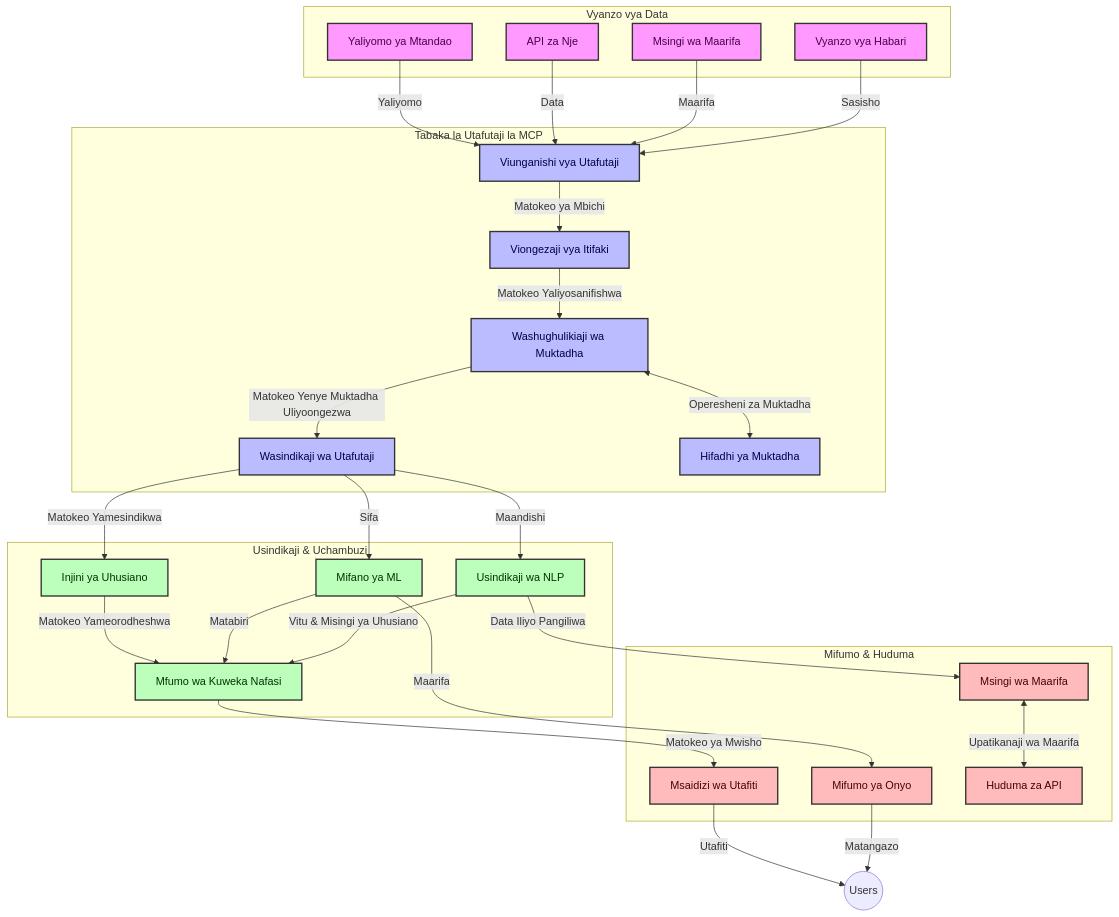
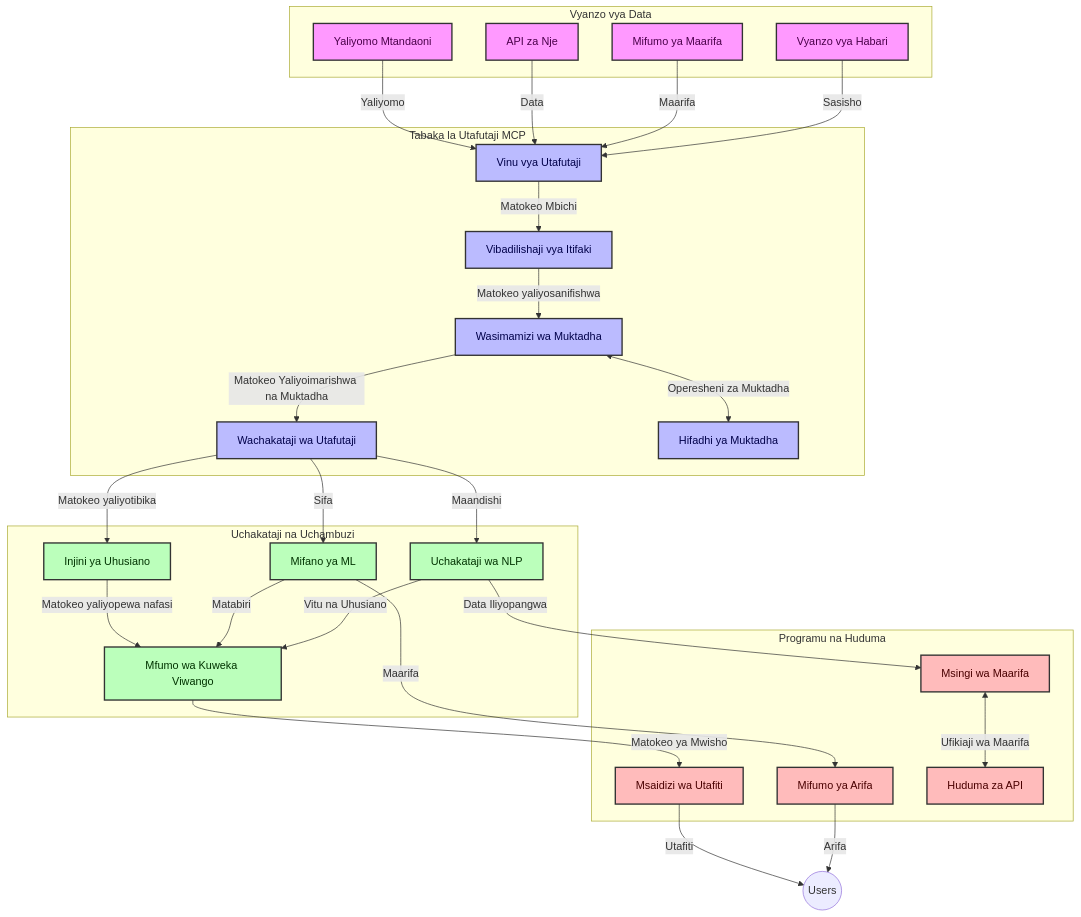
Before and after one commit to microsoft/mcp-for-beginners: the first of 4 diagrams in translations/sw/05-AdvancedTopics/mcp-realtimesearch/README.md, drawn with Mermaid. The commit also changed other lines of this file and 140 other files, not shown here.

````diff
--- a/translations/sw/05-AdvancedTopics/mcp-realtimesearch/README.md
+++ b/translations/sw/05-AdvancedTopics/mcp-realtimesearch/README.md
@@ -109,66 +109,66 @@
 ```mermaid
 graph TD
     subgraph "Vyanzo vya Data"
-        Web[Yaliyomo ya Mtandao]
+        Web[Yaliyomo Mtandaoni]
         APIs[API za Nje]
-        DB[Msingi wa Maarifa]
+        DB[Mifumo ya Maarifa]
         News[Vyanzo vya Habari]
     end
 
-    subgraph "Tabaka la Utafutaji la MCP"
-        SC[Viunganishi vya Utafutaji]
-        PA[Viongezaji vya Itifaki]
-        CH[Washughulikiaji wa Muktadha]
-        SP[Wasindikaji wa Utafutaji]
+    subgraph "Tabaka la Utafutaji MCP"
+        SC[Vinu vya Utafutaji]
+        PA[Vibadilishaji vya Itifaki]
+        CH[Wasimamizi wa Muktadha]
+        SP[Wachakataji wa Utafutaji]
         CS[Hifadhi ya Muktadha]
     end
 
-    subgraph "Usindikaji & Uchambuzi"
+    subgraph "Uchakataji na Uchambuzi"
         RE[Injini ya Uhusiano]
         ML[Mifano ya ML]
-        NLP[Usindikaji wa NLP]
-        Rank[Mfumo wa Kuweka Nafasi]
+        NLP[Uchakataji wa NLP]
+        Rank[Mfumo wa Kuweka Viwango]
     end
 
-    subgraph "Mifumo & Huduma"
+    subgraph "Programu na Huduma"
         RA[Msaidizi wa Utafiti]
-        Alerts[Mifumo ya Onyo]
+        Alerts[Mifumo ya Arifa]
         KB[Msingi wa Maarifa]
         API[Huduma za API]
     end
 
     Web -->|Yaliyomo| SC
     APIs -->|Data| SC
     DB -->|Maarifa| SC
     News -->|Sasisho| SC
     
-    SC -->|Matokeo ya Mbichi| PA
-    PA -->|Matokeo Yaliyosanifishwa| CH
+    SC -->|Matokeo Mbichi| PA
+    PA -->|Matokeo yaliyosanifishwa| CH
     CH <-->|Operesheni za Muktadha| CS
-    CH -->|Matokeo Yenye Muktadha Uliyoongezwa| SP
-    SP -->|Matokeo Yamesindikwa| RE
+    CH -->|Matokeo Yaliyoimarishwa na Muktadha| SP
+    SP -->|Matokeo yaliyotibika| RE
     SP -->|Sifa| ML
     SP -->|Maandishi| NLP
     
-    RE -->|Matokeo Yameorodheshwa| Rank
+    RE -->|Matokeo yaliyopewa nafasi| Rank
     ML -->|Matabiri| Rank
-    NLP -->|Vitu & Misingi ya Uhusiano| Rank
+    NLP -->|Vitu na Uhusiano| Rank
     
     Rank -->|Matokeo ya Mwisho| RA
     ML -->|Maarifa| Alerts
-    NLP -->|Data Iliyo Pangiliwa| KB
+    NLP -->|Data Iliyopangwa| KB
     
     RA -->|Utafiti| Users((Users))
-    Alerts -->|Matangazo| Users
-    KB <-->|Upatikanaji wa Maarifa| API
+    Alerts -->|Arifa| Users
+    KB <-->|Ufikiaji wa Maarifa| API
 
     classDef sources fill:#f9f,stroke:#333,stroke-width:2px,color:#4a004a
     classDef mcp fill:#bbf,stroke:#333,stroke-width:2px,color:#00004a
     classDef processing fill:#bfb,stroke:#333,stroke-width:2px,color:#003300
     classDef apps fill:#fbb,stroke:#333,stroke-width:2px,color:#4a0000
     
     class Web,APIs,DB,News sources
     class SC,PA,CH,SP,CS mcp
     class RE,ML,NLP,Rank processing
     class RA,Alerts,KB,API apps
 ```
````
